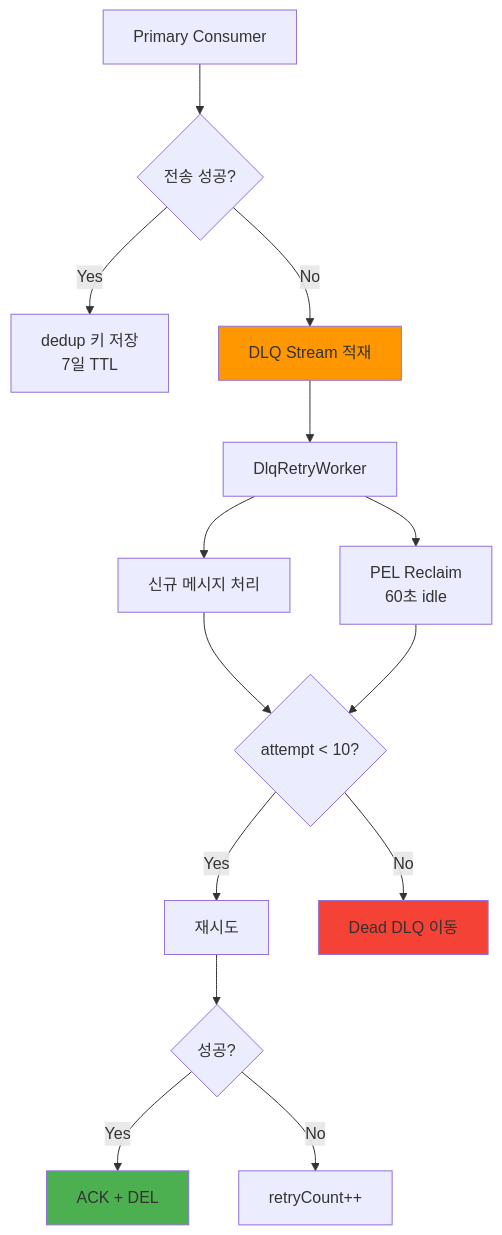
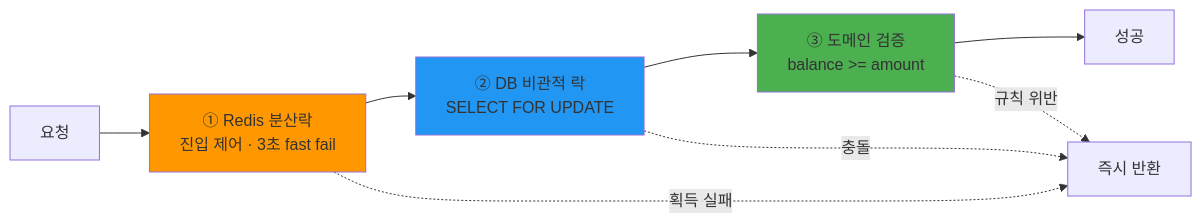
One commit to SeoBYP/server-setup-java changed the third of 6 diagrams in README.md. Above: the diagram before and after it, drawn with Mermaid. The commit also changed other lines of this file and 2 other files, not shown here.

````diff
--- a/README.md
+++ b/README.md
@@ -210,24 +315,13 @@
 ```mermaid
-graph TB
-    A[Primary Consumer] --> B{전송 성공?}
-    B -->|Yes| C[dedup 키 저장<br/>7일 TTL]
-    B -->|No| D[DLQ Stream 적재]
-    
-    D --> E[DlqRetryWorker]
-    E --> F[신규 메시지 처리]
-    E --> G[PEL Reclaim<br/>60초 idle]
-    
-    F --> H{attempt < 10?}
-    G --> H
-    
-    H -->|Yes| I[재시도]
-    H -->|No| J[Dead DLQ 이동]
-    
-    I --> K{성공?}
-    K -->|Yes| L[ACK + DEL]
-    K -->|No| M[retryCount++]
-    
-    style D fill:#ff9800
-    style J fill:#f44336
-    style L fill:#4caf50
+graph LR
+    A[요청] --> B[① Redis 분산락<br/>진입 제어 · 3초 fast fail]
+    B --> C[② DB 비관적 락<br/>SELECT FOR UPDATE]
+    C --> D["③ 도메인 검증<br/>balance >= amount"]
+    D --> E[성공]
+    B -.획득 실패.-> F[즉시 반환]
+    C -.충돌.-> F
+    D -.규칙 위반.-> F
+    style B fill:#ff9800
+    style C fill:#2196f3
+    style D fill:#4caf50
 ```
````
